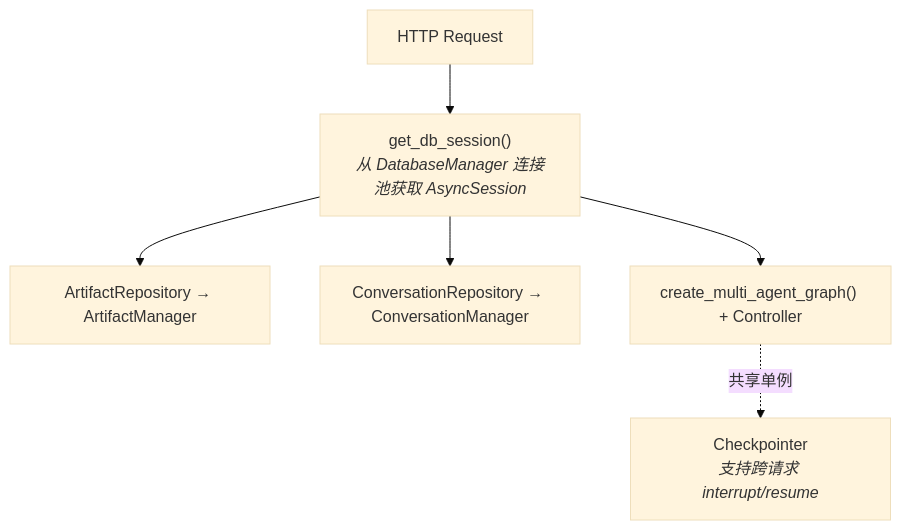
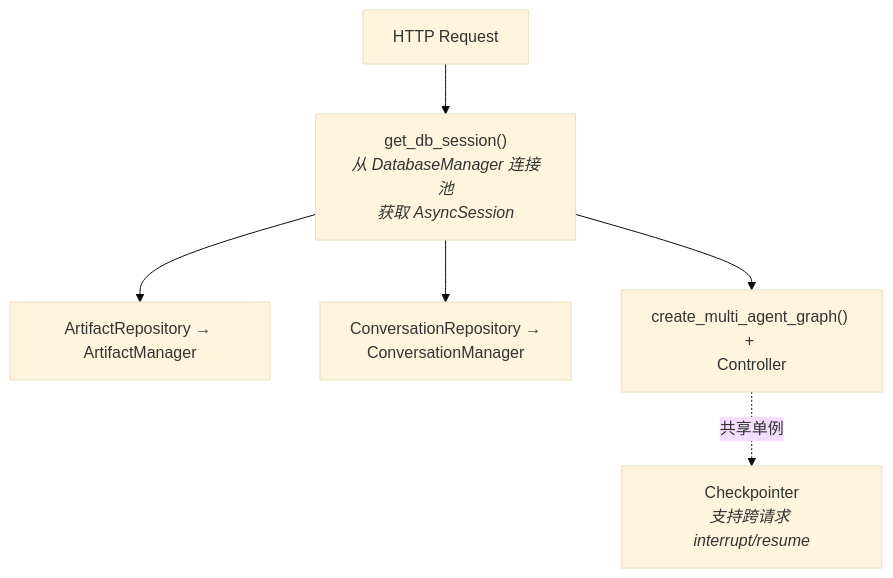
The second of 4 diagrams in docs/architecture/concurrency.md (Neutrino1998/artifact-flow), drawn with Mermaid (base theme) before and after one commit.

Commit message:
feat: optimize mermaid layout

````diff
--- a/docs/architecture/concurrency.md
+++ b/docs/architecture/concurrency.md
@@ -32,8 +32,8 @@
 ```mermaid
 graph TD
-    Req["HTTP Request"] --> GDS["get_db_session()<br/><i>从 DatabaseManager 连接池获取 AsyncSession</i>"]
+    Req["HTTP Request"] --> GDS["get_db_session()<i><br/>从 DatabaseManager 连接池<br/>获取 AsyncSession</i>"]
     GDS --> AR["ArtifactRepository → ArtifactManager"]
-    GDS --> CR["ConversationRepository → ConversationManager"]
-    GDS --> Graph["create_multi_agent_graph() + Controller"]
+    GDS --> CR["ConversationRepository → <br/>ConversationManager"]
+    GDS --> Graph["create_multi_agent_graph() + <br/>Controller"]
     Graph -. "共享单例" .-> CP["Checkpointer<br/><i>支持跨请求 interrupt/resume</i>"]
 ```
````
